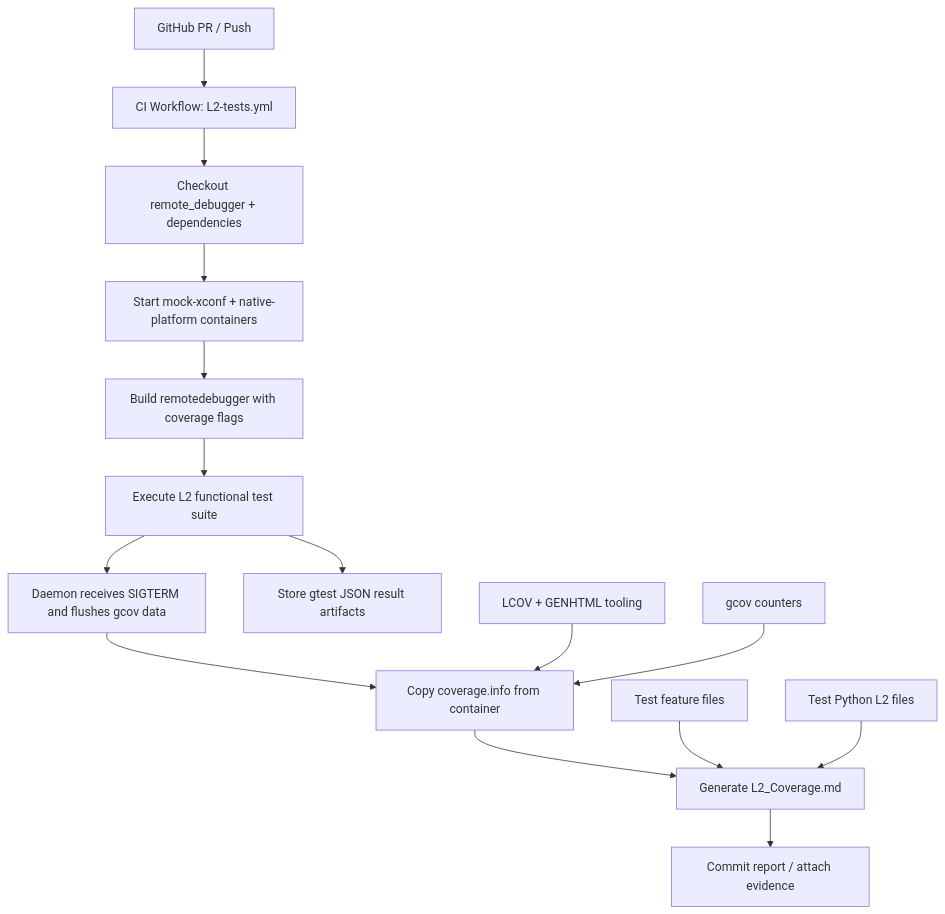
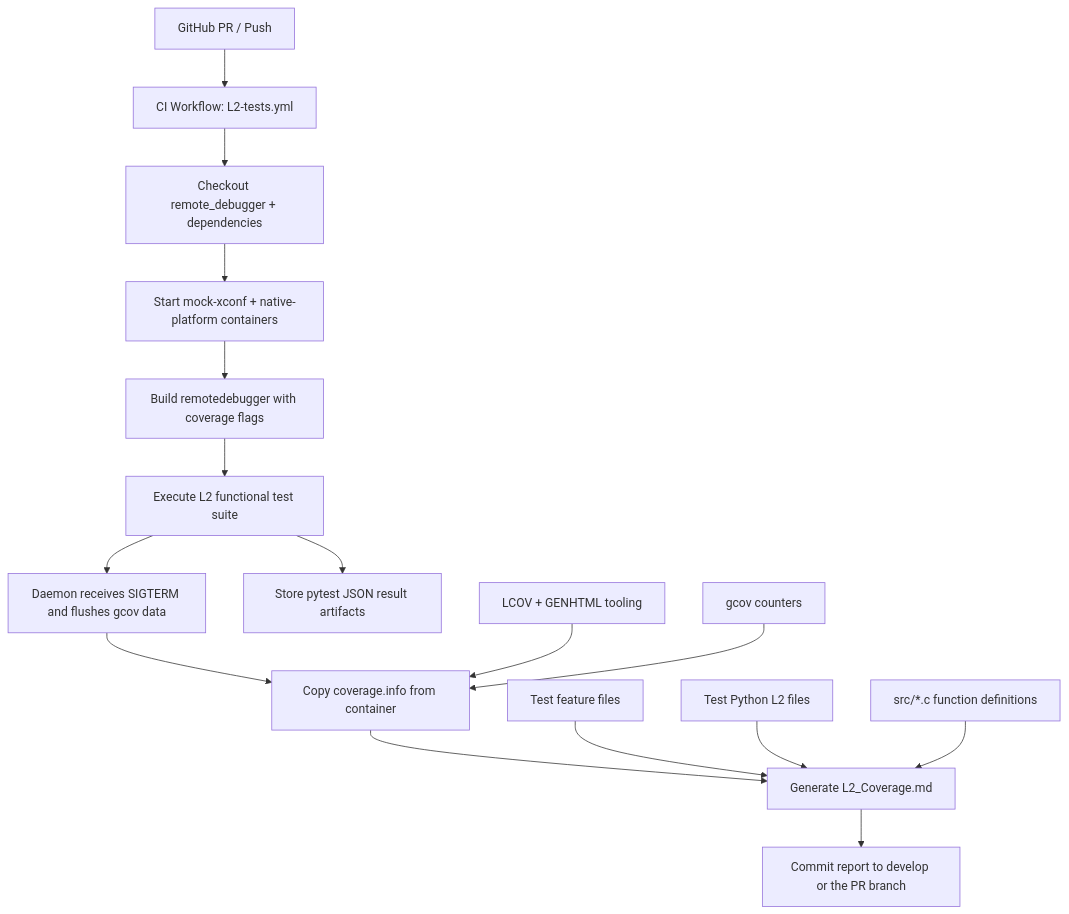
One commit to rdkcentral/remote_debugger changed the diagram in docs/rrd_l2_function_coverage_HLD.md. Above: the diagram before and after it, drawn with Mermaid. The commit also changed other lines of this file, not shown here.

````diff
--- a/docs/rrd_l2_function_coverage_HLD.md
+++ b/docs/rrd_l2_function_coverage_HLD.md
@@ -47,18 +46,19 @@
 ```mermaid
 graph TD
     A[GitHub PR / Push] --> B[CI Workflow: L2-tests.yml]
     B --> C[Checkout remote_debugger + dependencies]
     C --> D[Start mock-xconf + native-platform containers]
     D --> E[Build remotedebugger with coverage flags]
     E --> F[Execute L2 functional test suite]
     F --> G[Daemon receives SIGTERM and flushes gcov data]
     G --> H[Copy coverage.info from container]
     H --> I[Generate L2_Coverage.md]
-    I --> J[Commit report / attach evidence]
-    F --> K[Store gtest JSON result artifacts]
+    I --> J[Commit report to develop or the PR branch]
+    F --> K[Store pytest JSON result artifacts]
 
     L[Test feature files] --> I
     M[Test Python L2 files] --> I
+    P[src/*.c function definitions] --> I
     N[LCOV + GENHTML tooling] --> H
     O[gcov counters] --> H
 ```
````
